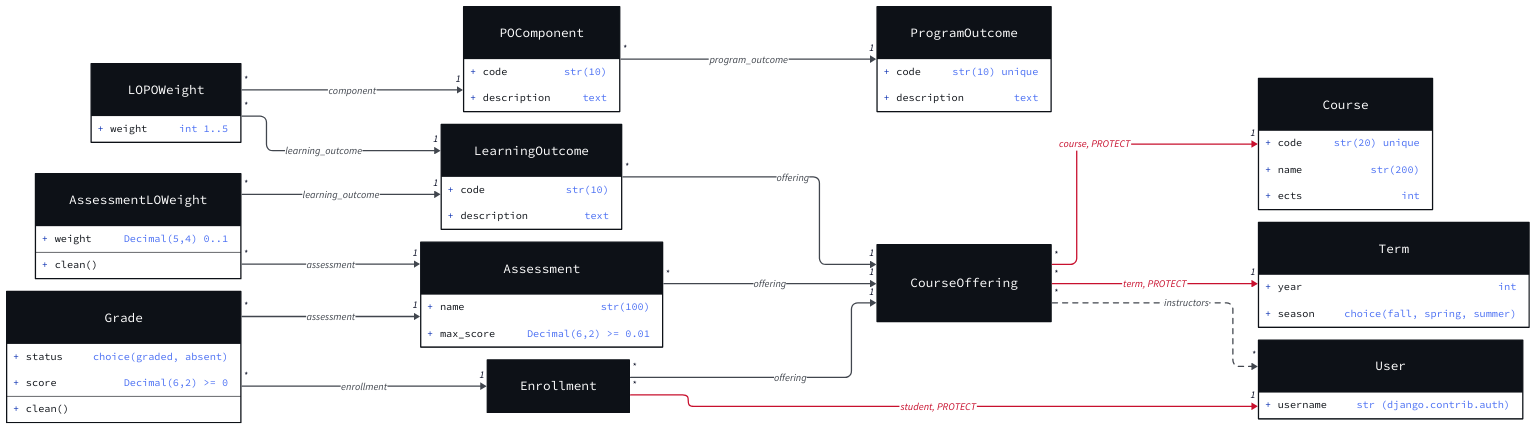
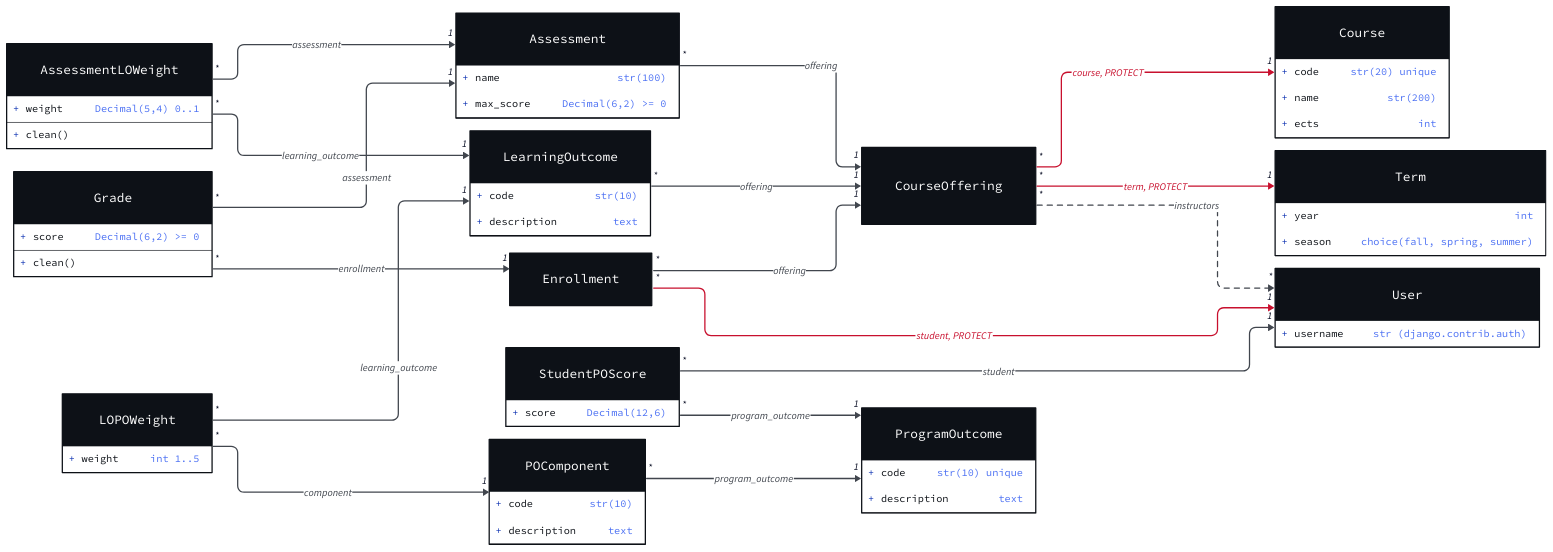
One commit to rmz-oz/aculator changed the diagram in docs/classes.d2. Above: the diagram before and after it, drawn with D2. The commit also changed 9 other files, not shown here.

```diff
--- a/docs/classes.d2
+++ b/docs/classes.d2
@@ -48,6 +48,17 @@
   }
 }
 
+StudentPOScore: {
+  shape: class
+  "score": "Decimal(12,6)"
+  style: {
+    fill: "#0D1117"
+    stroke: "#FFFFFF"
+    font-color: "#FFFFFF"
+    font-size: 16
+  }
+}
+
 Course: {
   shape: class
   "code": "str(20) unique"
@@ -86,7 +97,7 @@
 Assessment: {
   shape: class
   "name": "str(100)"
-  "max_score": "Decimal(6,2) >= 0.01"
+  "max_score": "Decimal(6,2) >= 0"
   style: {
     fill: "#0D1117"
     stroke: "#FFFFFF"
@@ -107,7 +118,6 @@
 
 Grade: {
   shape: class
-  "status": "choice(graded, absent)"
   "score": "Decimal(6,2) >= 0"
   "clean()": ""
   style: {
@@ -153,6 +163,16 @@
 }
 
 POComponent -> ProgramOutcome: "program_outcome" {
+  source-arrowhead.label: "*"
+  target-arrowhead.label: "1"
+  style: {stroke: "#41464E"; stroke-width: 2; font-color: "#41464E"}
+}
+StudentPOScore -> User: "student" {
+  source-arrowhead.label: "*"
+  target-arrowhead.label: "1"
+  style: {stroke: "#41464E"; stroke-width: 2; font-color: "#41464E"}
+}
+StudentPOScore -> ProgramOutcome: "program_outcome" {
   source-arrowhead.label: "*"
   target-arrowhead.label: "1"
   style: {stroke: "#41464E"; stroke-width: 2; font-color: "#41464E"}
```
